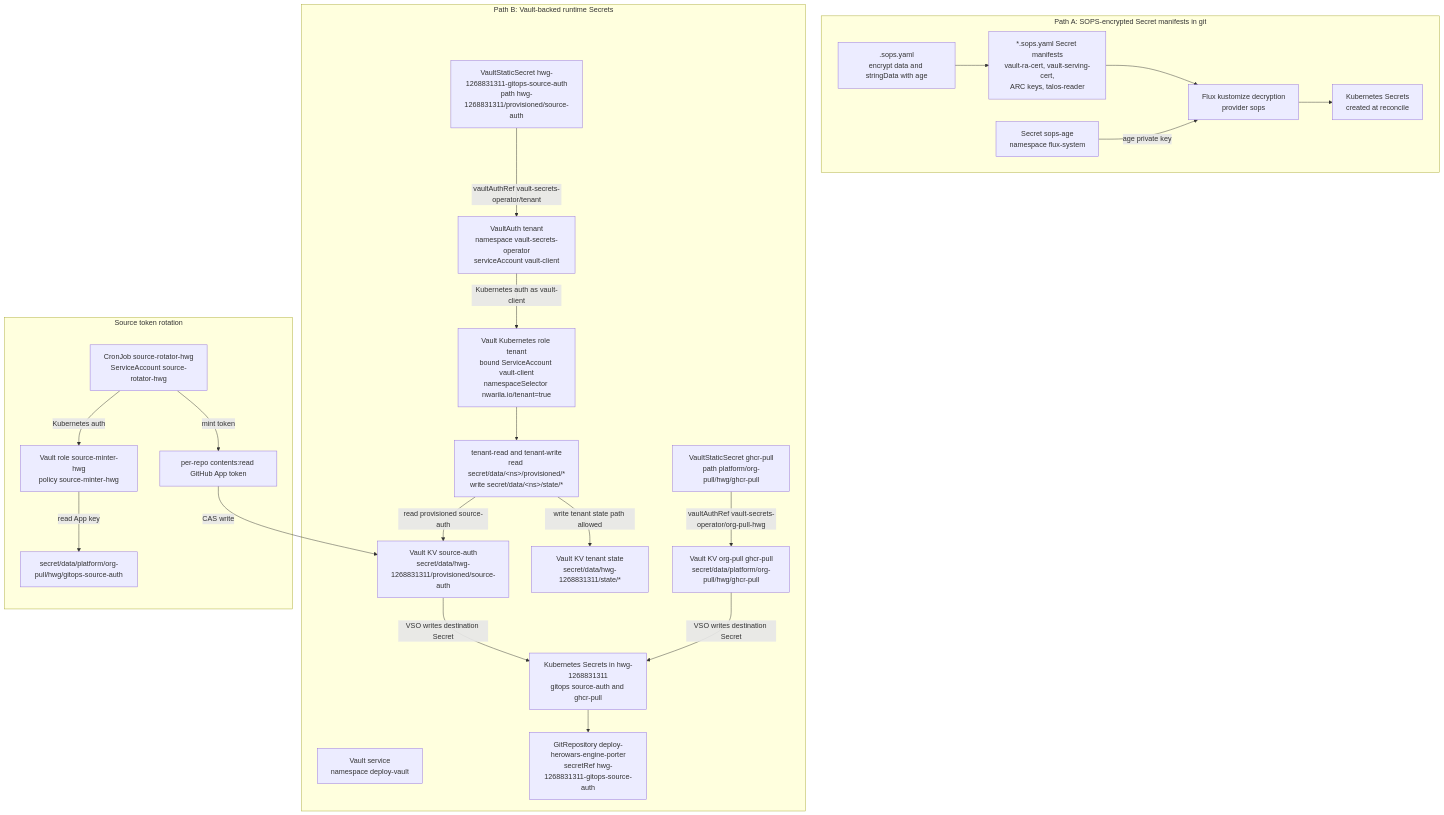
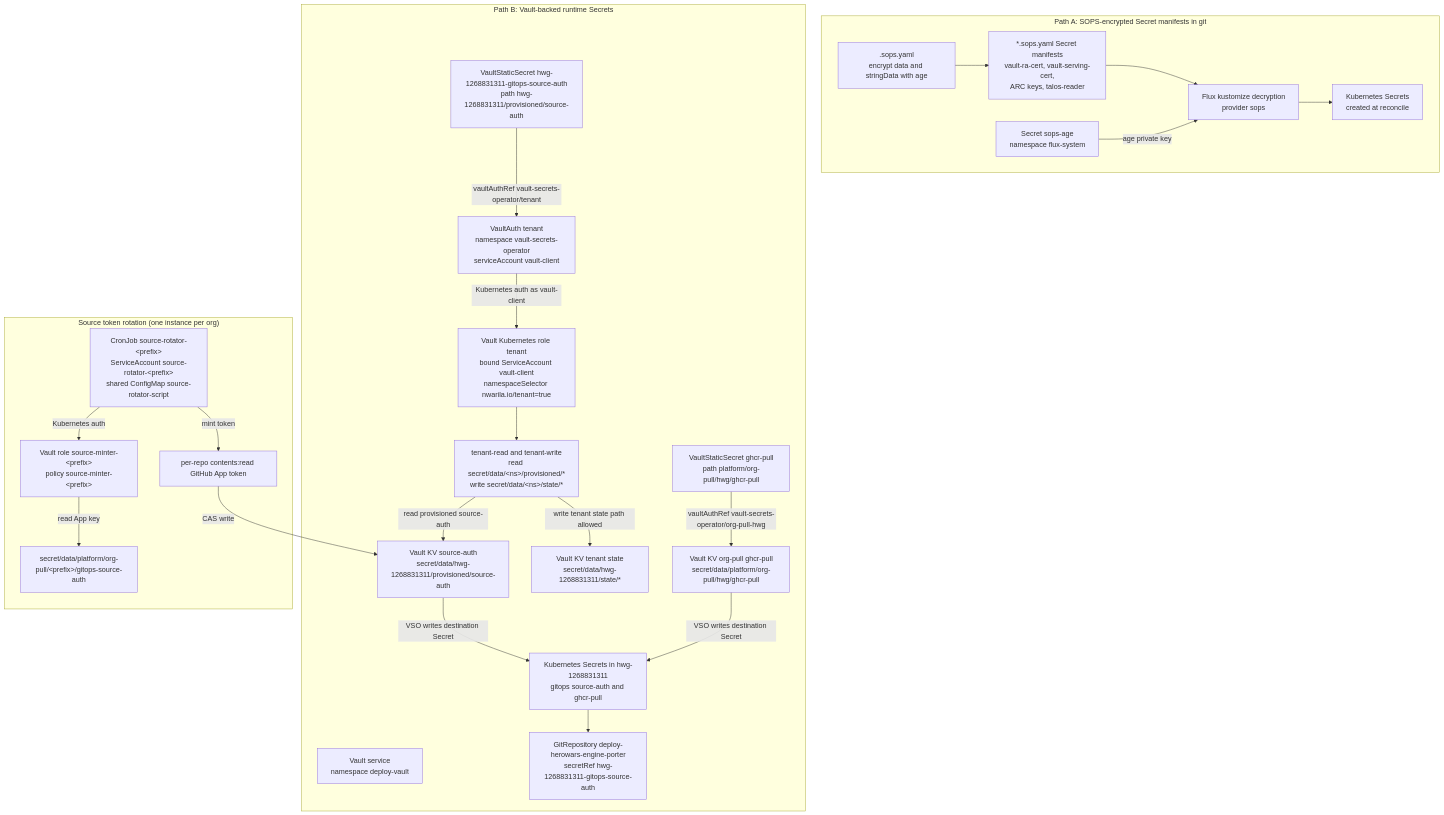
One commit to nwarila-platform/talos-cluster changed the third of 4 diagrams in docs/explanation/architecture.md. Above: the diagram before and after it, drawn with Mermaid. The commit also changed other lines of this file and 28 other files, not shown here.

First line of the commit message:
B5 Stage 0: onboard nwarila-platform to the source-token minting chain (#357)

````diff
--- a/docs/explanation/architecture.md
+++ b/docs/explanation/architecture.md
@@ -170,51 +181,51 @@
 ```mermaid
 flowchart TD
   subgraph SOPSPath["Path A: SOPS-encrypted Secret manifests in git"]
     SopsRules[".sops.yaml<br/>encrypt data and stringData with age"]
     SopsFiles["*.sops.yaml Secret manifests<br/>vault-ra-cert, vault-serving-cert,<br/>ARC keys, talos-reader"]
     FluxDecrypt["Flux kustomize decryption<br/>provider sops"]
     SopsSecret["Secret sops-age<br/>namespace flux-system"]
     SopsK8sSecrets["Kubernetes Secrets<br/>created at reconcile"]
   end
 
   subgraph VaultPath["Path B: Vault-backed runtime Secrets"]
     Vault["Vault service<br/>namespace deploy-vault"]
     VaultAuthTenant["VaultAuth tenant<br/>namespace vault-secrets-operator<br/>serviceAccount vault-client"]
     TenantRole["Vault Kubernetes role tenant<br/>bound ServiceAccount vault-client<br/>namespaceSelector nwarila.io/tenant=true"]
     TenantPolicies["tenant-read and tenant-write<br/>read secret/data/&lt;ns&gt;/provisioned/*<br/>write secret/data/&lt;ns&gt;/state/*"]
     VSSSource["VaultStaticSecret hwg-1268831311-gitops-source-auth<br/>path hwg-1268831311/provisioned/source-auth"]
     VSSGhcr["VaultStaticSecret ghcr-pull<br/>path platform/org-pull/hwg/ghcr-pull"]
     SourceAuthPath["Vault KV source-auth<br/>secret/data/hwg-1268831311/provisioned/source-auth"]
     TenantStatePath["Vault KV tenant state<br/>secret/data/hwg-1268831311/state/*"]
     GhcrPath["Vault KV org-pull ghcr-pull<br/>secret/data/platform/org-pull/hwg/ghcr-pull"]
     TenantK8sSecrets["Kubernetes Secrets in hwg-1268831311<br/>gitops source-auth and ghcr-pull"]
     HwgGitRepo["GitRepository deploy-herowars-engine-porter<br/>secretRef hwg-1268831311-gitops-source-auth"]
   end
 
-  subgraph Rotation["Source token rotation"]
-    RotatorCron["CronJob source-rotator-hwg<br/>ServiceAccount source-rotator-hwg"]
-    SourceMinterRole["Vault role source-minter-hwg<br/>policy source-minter-hwg"]
-    OrgPullKey["secret/data/platform/org-pull/hwg/gitops-source-auth"]
+  subgraph Rotation["Source token rotation (one instance per org)"]
+    RotatorCron["CronJob source-rotator-&lt;prefix&gt;<br/>ServiceAccount source-rotator-&lt;prefix&gt;<br/>shared ConfigMap source-rotator-script"]
+    SourceMinterRole["Vault role source-minter-&lt;prefix&gt;<br/>policy source-minter-&lt;prefix&gt;"]
+    OrgPullKey["secret/data/platform/org-pull/&lt;prefix&gt;/gitops-source-auth"]
     GitHubToken["per-repo contents:read GitHub App token"]
   end
 
   SopsRules --> SopsFiles
   SopsFiles --> FluxDecrypt
   SopsSecret -->|"age private key"| FluxDecrypt
   FluxDecrypt --> SopsK8sSecrets
 
   VSSSource -->|"vaultAuthRef vault-secrets-operator/tenant"| VaultAuthTenant
   VaultAuthTenant -->|"Kubernetes auth as vault-client"| TenantRole
   TenantRole --> TenantPolicies
   TenantPolicies -->|"read provisioned source-auth"| SourceAuthPath
   TenantPolicies -->|"write tenant state path allowed"| TenantStatePath
   SourceAuthPath -->|"VSO writes destination Secret"| TenantK8sSecrets
   VSSGhcr -->|"vaultAuthRef vault-secrets-operator/org-pull-hwg"| GhcrPath
   GhcrPath -->|"VSO writes destination Secret"| TenantK8sSecrets
   TenantK8sSecrets --> HwgGitRepo
 
   RotatorCron -->|"Kubernetes auth"| SourceMinterRole
   SourceMinterRole -->|"read App key"| OrgPullKey
   RotatorCron -->|"mint token"| GitHubToken
   GitHubToken -->|"CAS write"| SourceAuthPath
 ```
````
